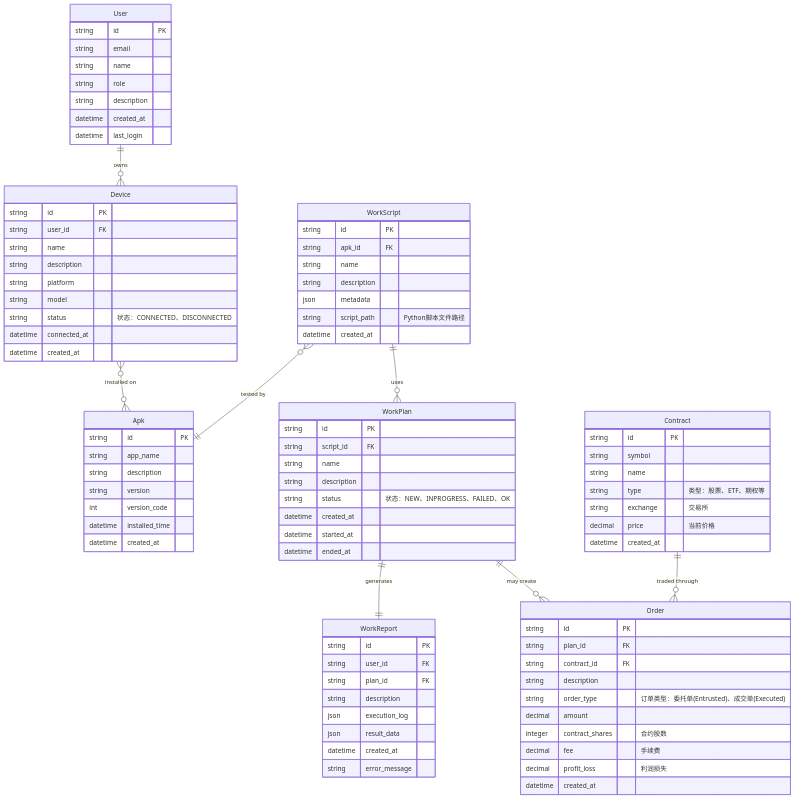
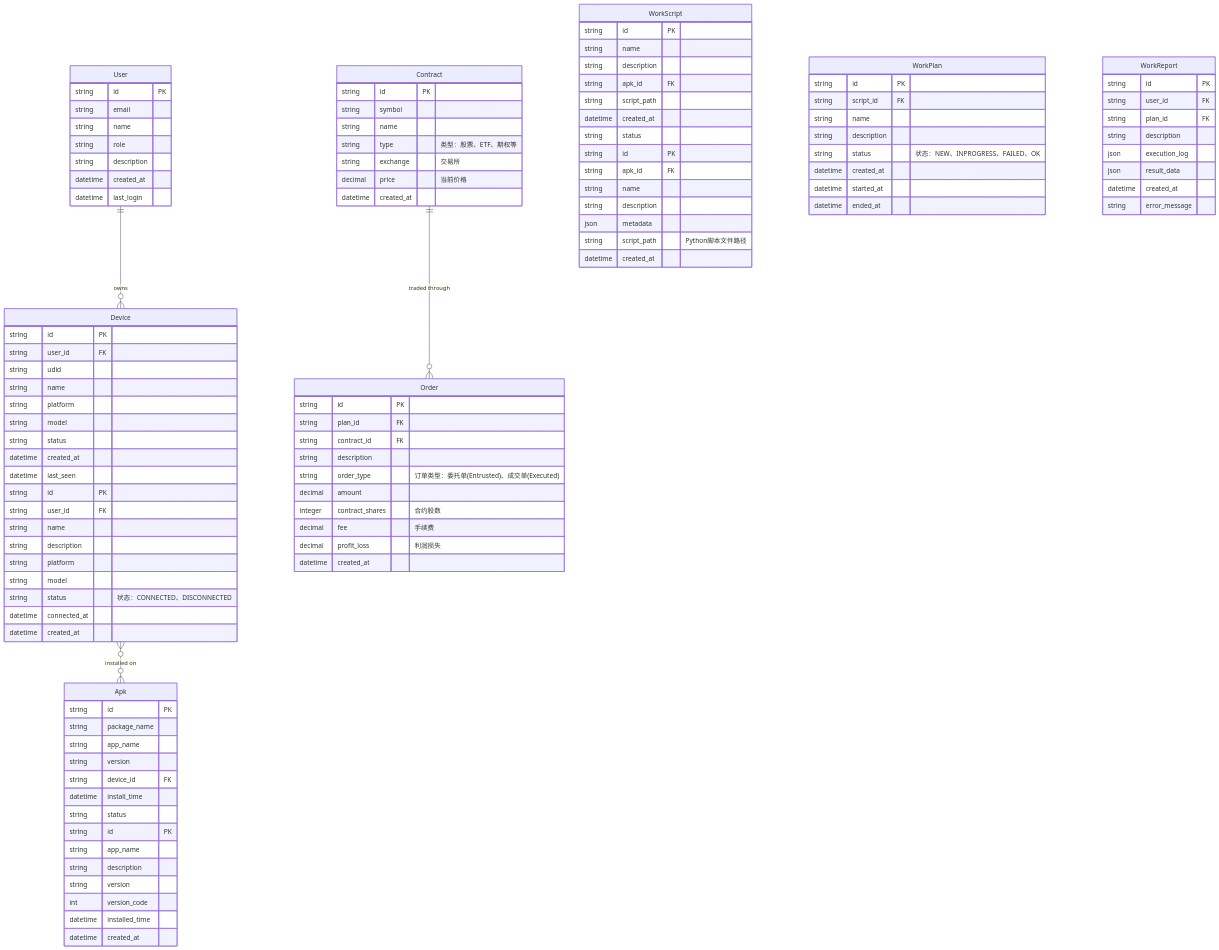
The diagram in autodroid-container/DESIGN.md (terminail/autodroid), drawn with Mermaid before and after one commit. The commit also changed other lines of this file and 32 other files, not shown here.

```diff
--- a/autodroid-container/DESIGN.md
+++ b/autodroid-container/DESIGN.md
@@ -179,10 +179,7 @@
 erDiagram
     User ||--o{ Device : owns
     Device }o--o{ Apk : "installed on"
-    WorkScript o{--|| Apk : "tested by"
-    WorkScript ||--o{ WorkPlan : "uses"
-    WorkPlan ||--|| WorkReport : generates
-    WorkPlan ||--o{ Order : "may create"
+
     Contract ||--o{ Order : "traded through"
     
     User {
@@ -193,6 +190,38 @@
         string description
         datetime created_at
         datetime last_login
+    }
+    
+    Device {
+        string id PK
+        string user_id FK
+        string udid
+        string name
+        string platform
+        string model
+        string status
+        datetime created_at
+        datetime last_seen
+    }
+    
+    Apk {
+        string id PK
+        string package_name
+        string app_name
+        string version
+        string device_id FK
+        datetime install_time
+        string status
+    }
+    
+    WorkScript {
+        string id PK
+        string name
+        string description
+        string apk_id FK
+        string script_path
+        datetime created_at
+        string status
     }
     
     Device {
```
